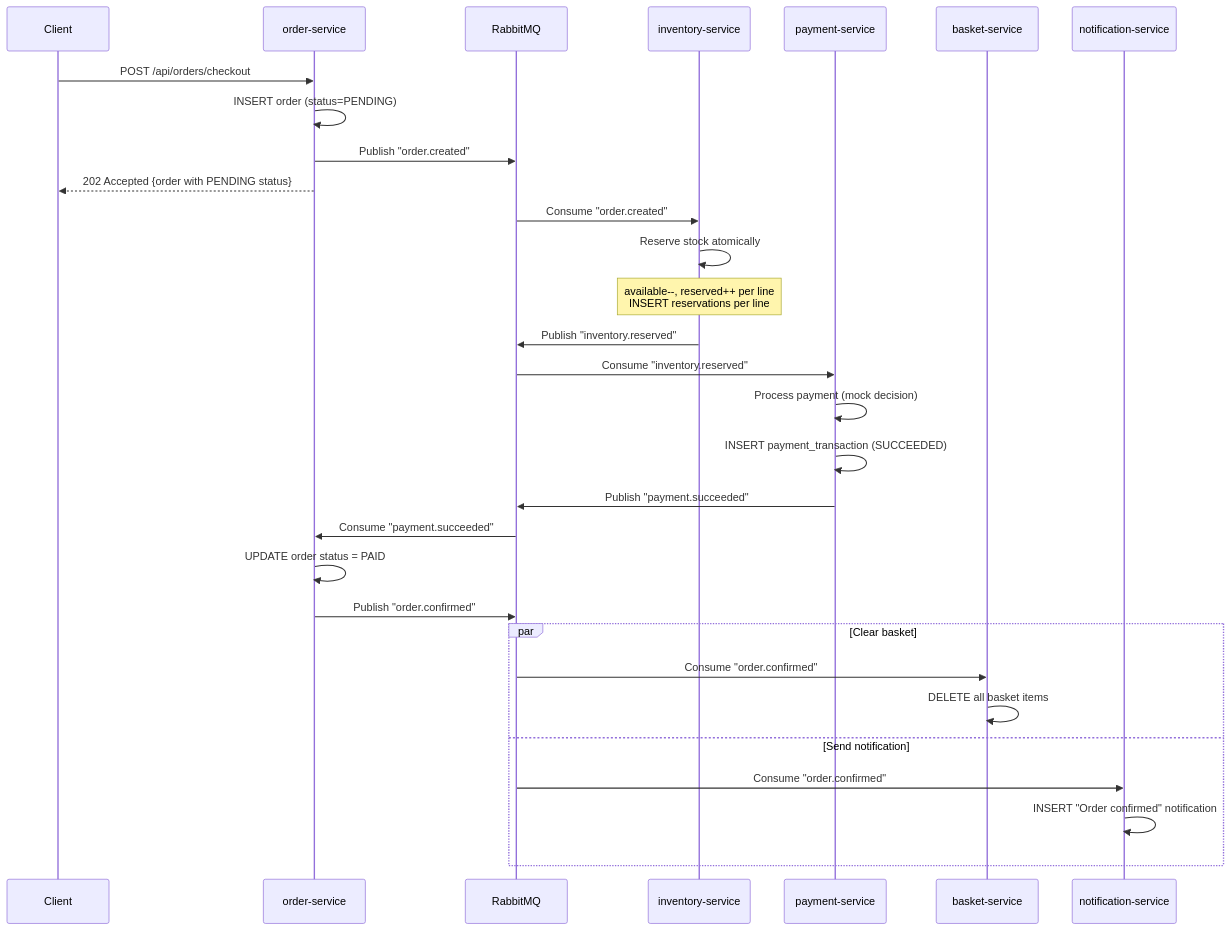
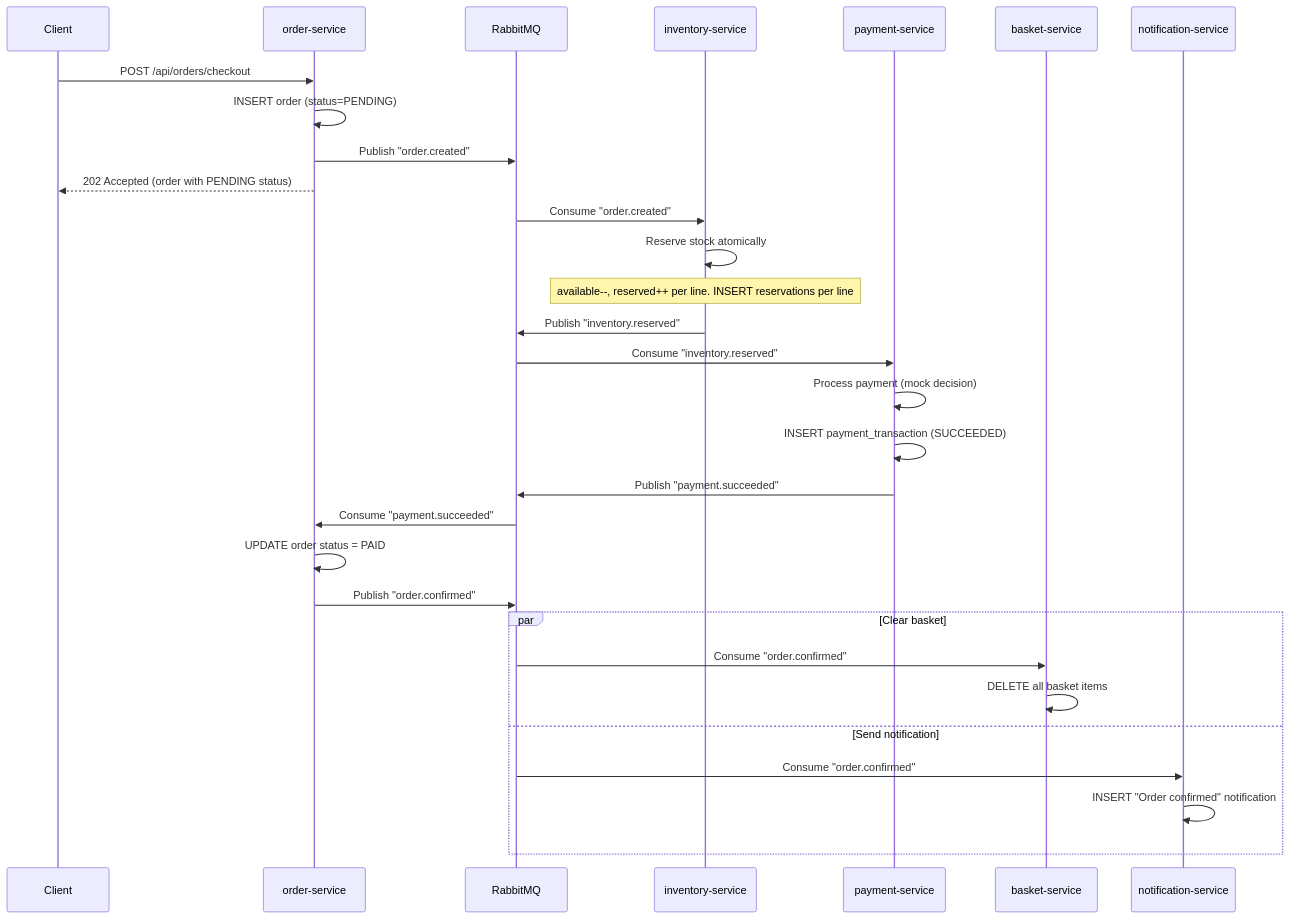
Before and after one commit to SamedBilginAlternet/n11_clone: the second of 6 diagrams in docs/saga-patterns.md, drawn with Mermaid. The commit also changed other lines of this file and 1 other file, not shown here.

Commit message:
fix: Mermaid diagrams not rendering on GitHub in docs
GitHub's Mermaid renderer parses angle brackets as HTML tags
and curly braces as node syntax, breaking sequence diagrams.

- Remove <accessToken>, <UUID>, <expired>, <new> from authentication.md
  sequence diagrams (replaced with plain text)
- Remove <br/> from saga-patterns.md Note block
- Remove curly braces from sequence diagram messages
- Simplify diamond node labels with special characters

````diff
--- a/docs/saga-patterns.md
+++ b/docs/saga-patterns.md
@@ -88,37 +88,37 @@
 ```mermaid
 sequenceDiagram
     participant Client
     participant Order as order-service
     participant RMQ as RabbitMQ
     participant Inv as inventory-service
     participant Pay as payment-service
     participant Basket as basket-service
     participant Notif as notification-service
 
     Client->>Order: POST /api/orders/checkout
     Order->>Order: INSERT order (status=PENDING)
     Order->>RMQ: Publish "order.created"
-    Order-->>Client: 202 Accepted {order with PENDING status}
+    Order-->>Client: 202 Accepted (order with PENDING status)
 
     RMQ->>Inv: Consume "order.created"
     Inv->>Inv: Reserve stock atomically
-    Note over Inv: available--, reserved++ per line<br/>INSERT reservations per line
+    Note over Inv: available--, reserved++ per line. INSERT reservations per line
     Inv->>RMQ: Publish "inventory.reserved"
 
     RMQ->>Pay: Consume "inventory.reserved"
     Pay->>Pay: Process payment (mock decision)
     Pay->>Pay: INSERT payment_transaction (SUCCEEDED)
     Pay->>RMQ: Publish "payment.succeeded"
 
     RMQ->>Order: Consume "payment.succeeded"
     Order->>Order: UPDATE order status = PAID
     Order->>RMQ: Publish "order.confirmed"
 
     par Clear basket
         RMQ->>Basket: Consume "order.confirmed"
         Basket->>Basket: DELETE all basket items
     and Send notification
         RMQ->>Notif: Consume "order.confirmed"
         Notif->>Notif: INSERT "Order confirmed" notification
     end
 ```
````
